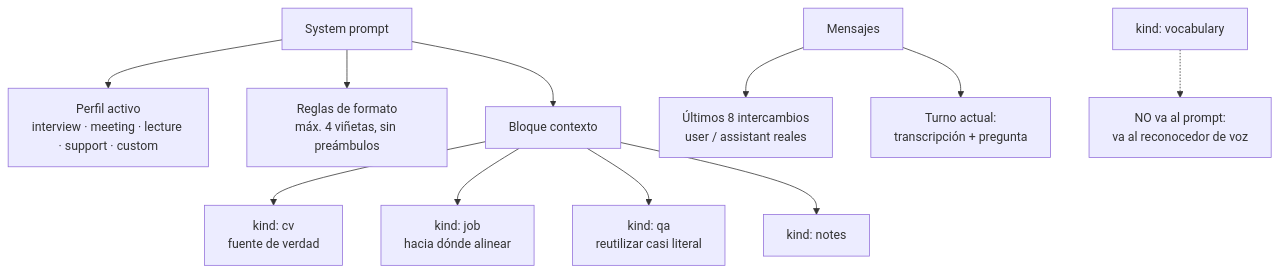
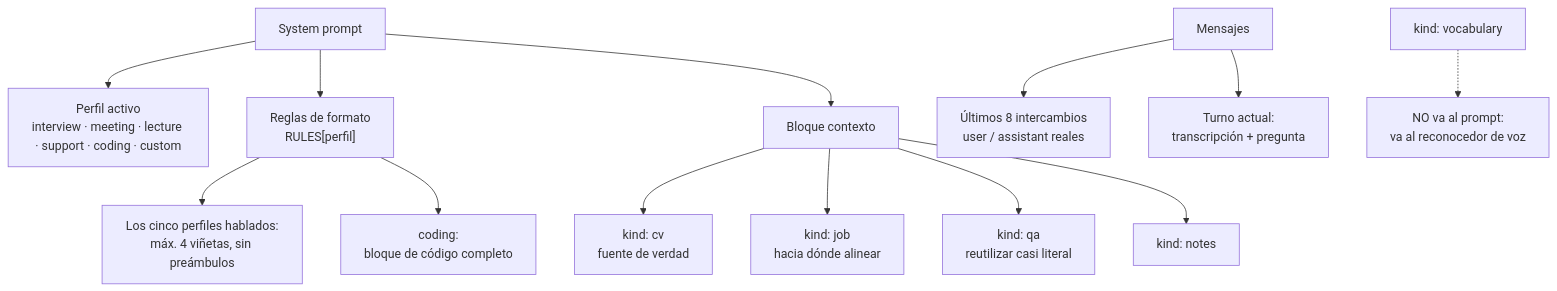
One commit to cflarios/Tayori changed the fifth of 7 diagrams in ARCHITECTURE.md. Above: the diagram before and after it, drawn with Mermaid. The commit also changed other lines of this file and 18 other files, not shown here.

````diff
--- a/ARCHITECTURE.md
+++ b/ARCHITECTURE.md
@@ -186,17 +186,19 @@
 ```mermaid
 flowchart TB
     SYS["System prompt"]
-    SYS --> P["Perfil activo<br/>interview · meeting · lecture · support · custom"]
-    SYS --> R["Reglas de formato<br/>máx. 4 viñetas, sin preámbulos"]
+    SYS --> P["Perfil activo<br/>interview · meeting · lecture · support · coding · custom"]
+    SYS --> R["Reglas de formato<br/>RULES[perfil]"]
+    R --> RA["Los cinco perfiles hablados:<br/>máx. 4 viñetas, sin preámbulos"]
+    R --> RB["coding:<br/>bloque de código completo"]
     SYS --> CTX["Bloque contexto"]
 
     CTX --> CV["kind: cv<br/>fuente de verdad"]
     CTX --> JOB["kind: job<br/>hacia dónde alinear"]
     CTX --> QA["kind: qa<br/>reutilizar casi literal"]
     CTX --> NOTES["kind: notes"]
 
     MSG["Mensajes"] --> HIST["Últimos 8 intercambios<br/>user / assistant reales"]
     MSG --> NOW["Turno actual:<br/>transcripción + pregunta"]
 
     VOC["kind: vocabulary"] -.-> ASR["NO va al prompt:<br/>va al reconocedor de voz"]
 ```
````
